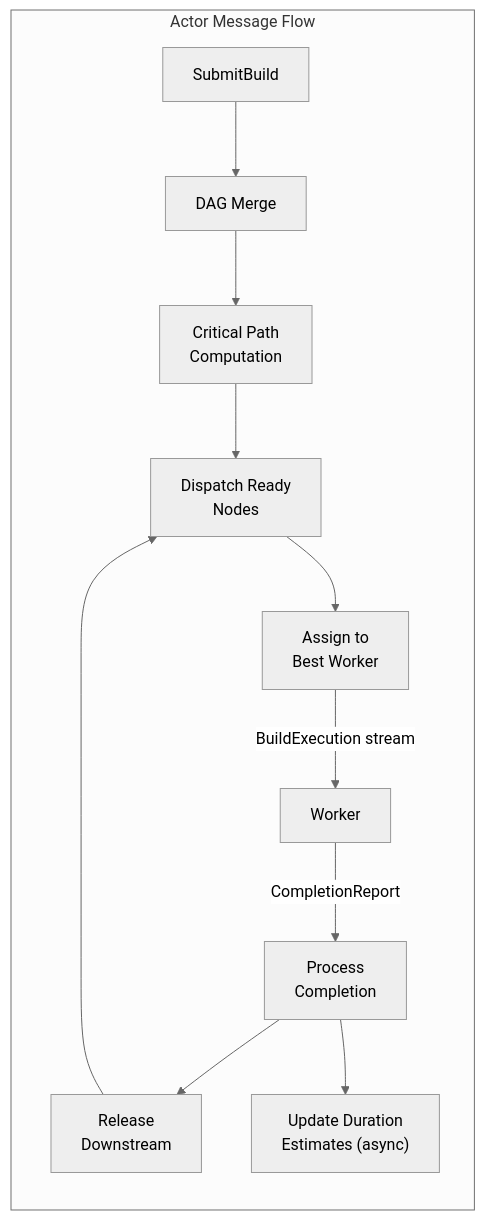
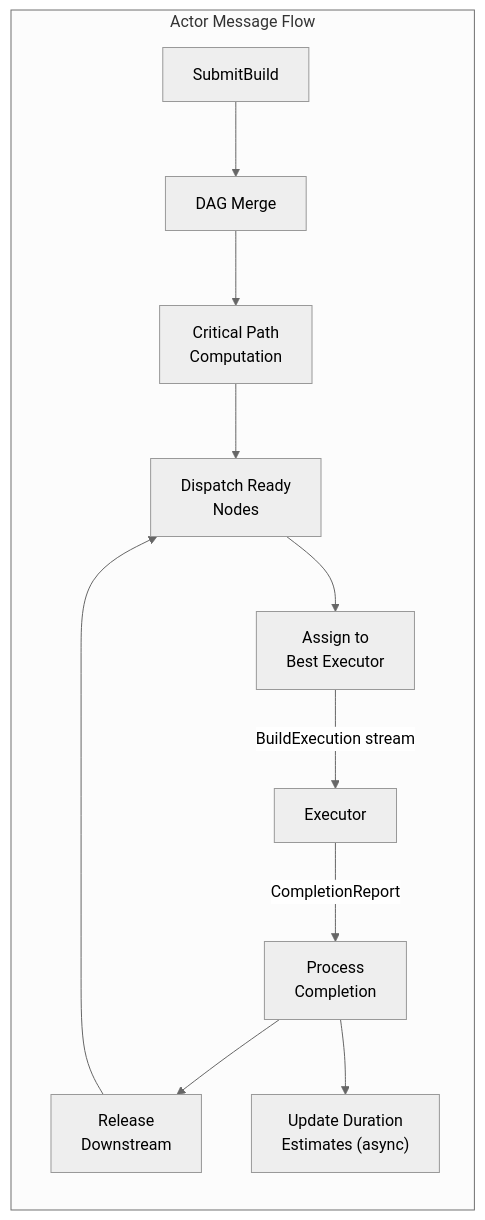
One commit to Mic92/rio-build changed the third of 3 diagrams in docs/src/components/scheduler.md. Above: the diagram before and after it, drawn with Mermaid (neutral theme). The commit also changed other lines of this file and 25 other files, not shown here.

````diff
--- a/docs/src/components/scheduler.md
+++ b/docs/src/components/scheduler.md
@@ -799,14 +799,14 @@
 ```mermaid
 flowchart LR
     subgraph "Actor Message Flow"
         SB["SubmitBuild"] --> Merge["DAG Merge"]
         Merge --> CP["Critical Path<br/>Computation"]
         CP --> Dispatch["Dispatch Ready<br/>Nodes"]
-        Dispatch --> Assign["Assign to<br/>Best Worker"]
-        Assign -->|BuildExecution stream| Worker["Worker"]
-        Worker -->|CompletionReport| Complete["Process<br/>Completion"]
+        Dispatch --> Assign["Assign to<br/>Best Executor"]
+        Assign -->|BuildExecution stream| Executor["Executor"]
+        Executor -->|CompletionReport| Complete["Process<br/>Completion"]
         Complete --> Release["Release<br/>Downstream"]
         Release --> Dispatch
         Complete --> Update["Update Duration<br/>Estimates (async)"]
     end
 ```
````
